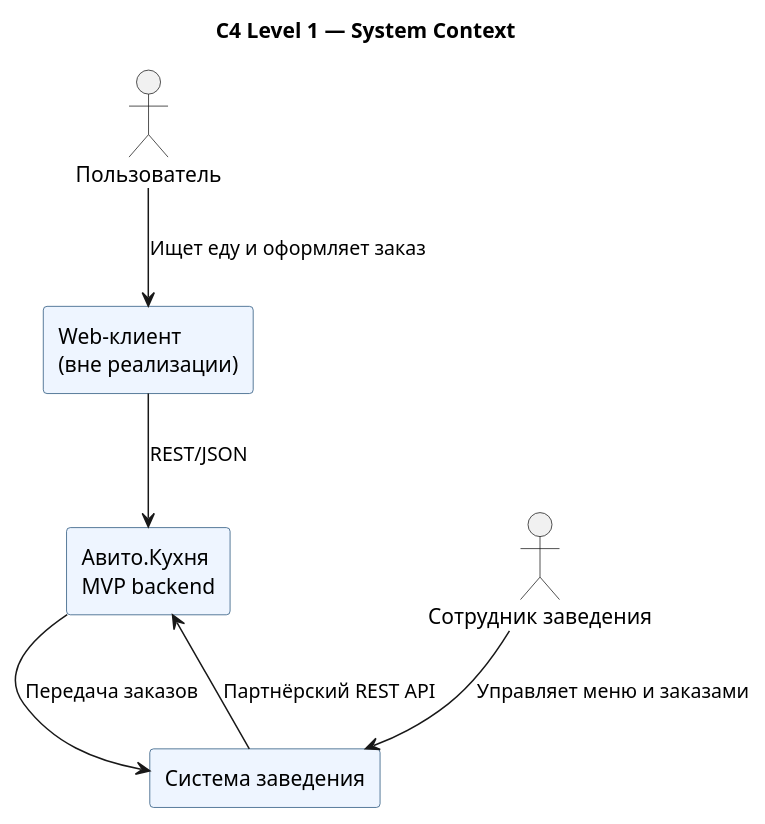
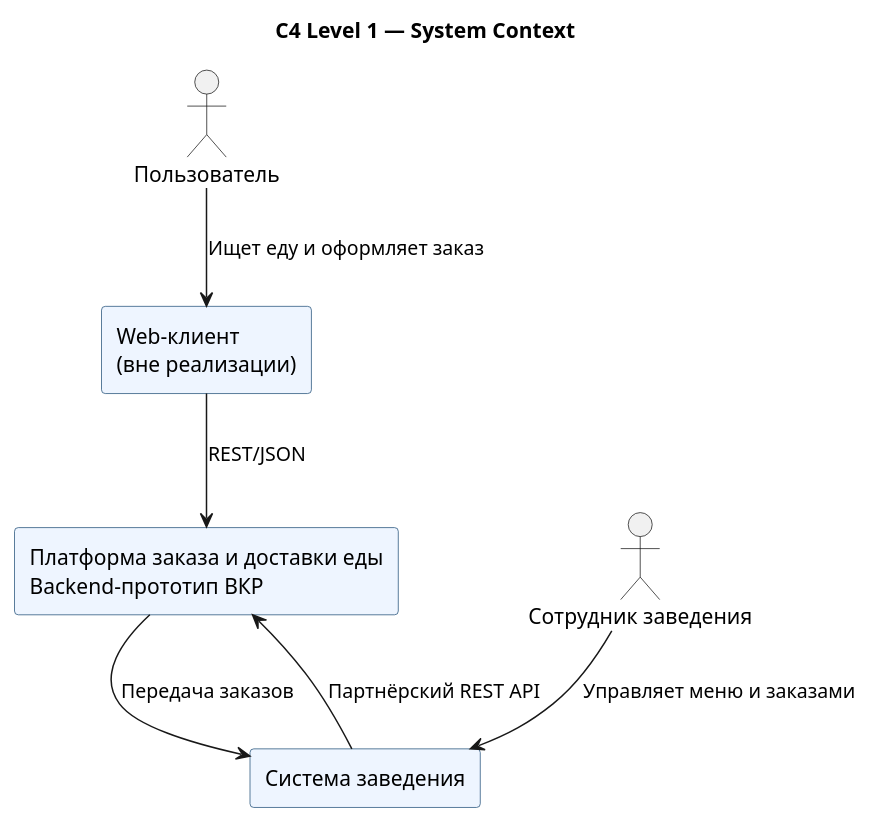
The diagram in docs/architecture/c4-context.puml (leedcee/restaurant-delivery-microservices), drawn with PlantUML before and after one commit. The commit also changed 33 other files, not shown here.

```diff
--- a/docs/architecture/c4-context.puml
+++ b/docs/architecture/c4-context.puml
@@ -1,18 +1,18 @@
 @startuml
 title C4 Level 1 — System Context
 skinparam rectangle {
   BackgroundColor #eef5ff
   BorderColor #24527a
 }
 actor "Пользователь" as user
 actor "Сотрудник заведения" as partner
 rectangle "Web-клиент\n(вне реализации)" as web
-rectangle "Авито.Кухня\nMVP backend" as kitchen
+rectangle "Платформа заказа и доставки еды\nBackend-прототип ВКР" as platform
 rectangle "Система заведения" as restaurant
 
 user --> web : Ищет еду и оформляет заказ
-web --> kitchen : REST/JSON
+web --> platform : REST/JSON
 partner --> restaurant : Управляет меню и заказами
-restaurant --> kitchen : Партнёрский REST API
-kitchen --> restaurant : Передача заказов
+restaurant --> platform : Партнёрский REST API
+platform --> restaurant : Передача заказов
 @enduml
```
